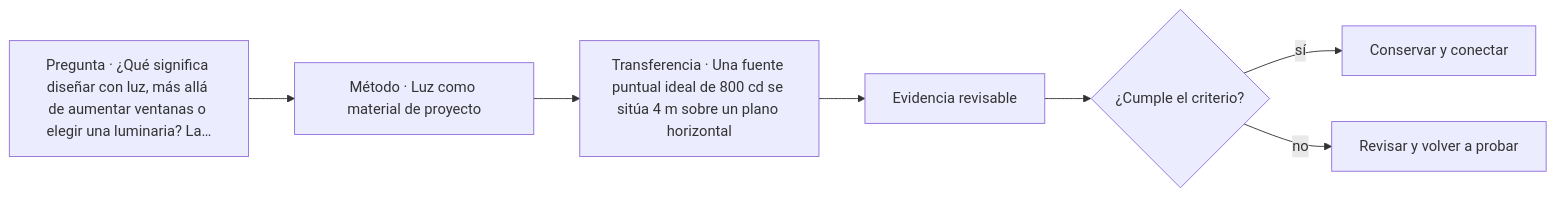
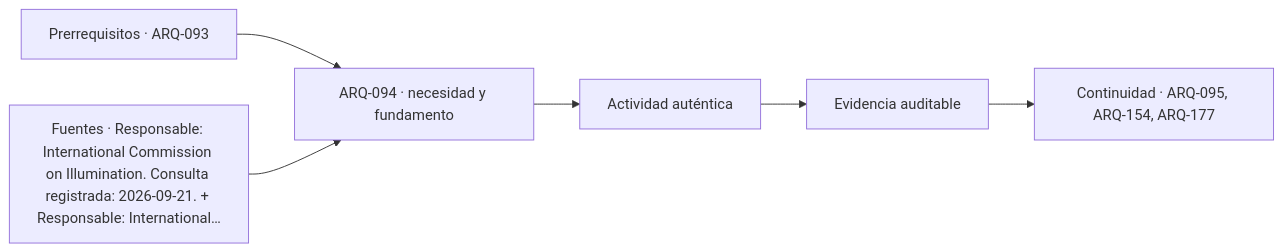
The diagram in classes/parte-10/ARQ-094.md (vladimiracunadev-create/architecture-built-environment-learning-program), drawn with Mermaid before and after one commit. The commit also changed other lines of this file and 761 other files, not shown here.

````diff
--- a/classes/parte-10/ARQ-094.md
+++ b/classes/parte-10/ARQ-094.md
@@ -94,9 +106,8 @@
 ```mermaid
 flowchart LR
-    Q["Pregunta · ¿Qué significa diseñar con luz, más allá de aumentar ventanas o elegir una luminaria? La…"] --> M["Método · Luz como material de proyecto"]
-    M --> P["Transferencia · Una fuente puntual ideal de 800 cd se sitúa 4 m sobre un plano horizontal"]
-    P --> E["Evidencia revisable"]
-    E --> C{"¿Cumple el criterio?"}
-    C -->|sí| T["Conservar y conectar"]
-    C -->|no| R["Revisar y volver a probar"]
+    A["Prerrequisitos · ARQ-093"] --> B["ARQ-094 · necesidad y fundamento"]
+    S["Fuentes · Responsable: International Commission on Illumination. Consulta registrada: 2026-09-21. + Responsable: International…"] --> B
+    B --> C["Actividad auténtica"]
+    C --> D["Evidencia auditable"]
+    D --> E["Continuidad · ARQ-095, ARQ-154, ARQ-177"]
 ```
````
